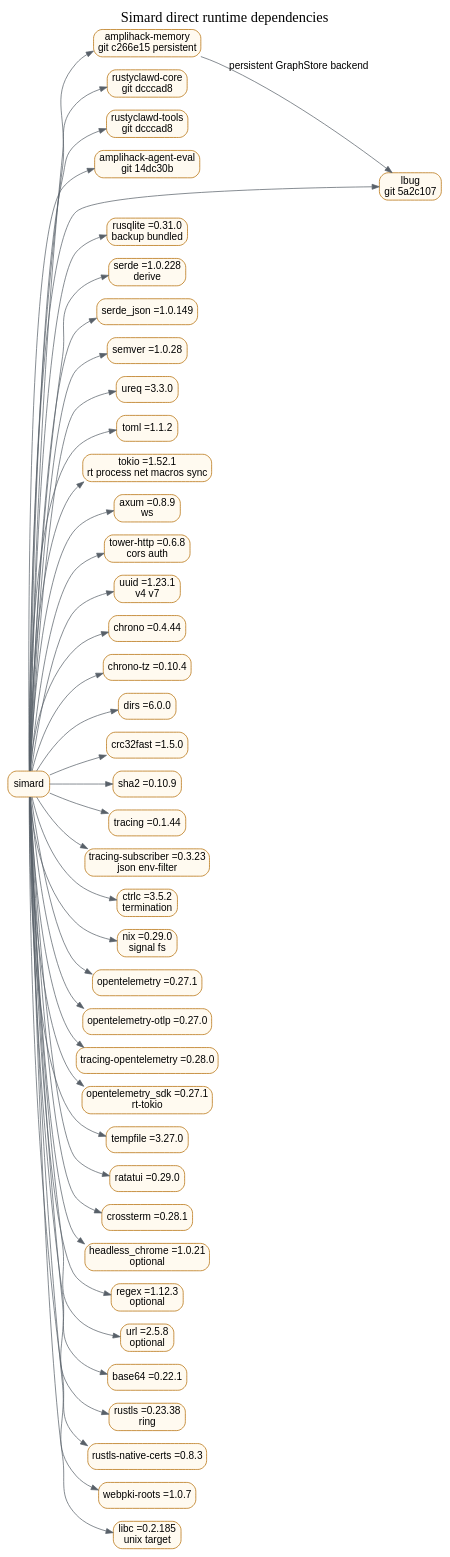
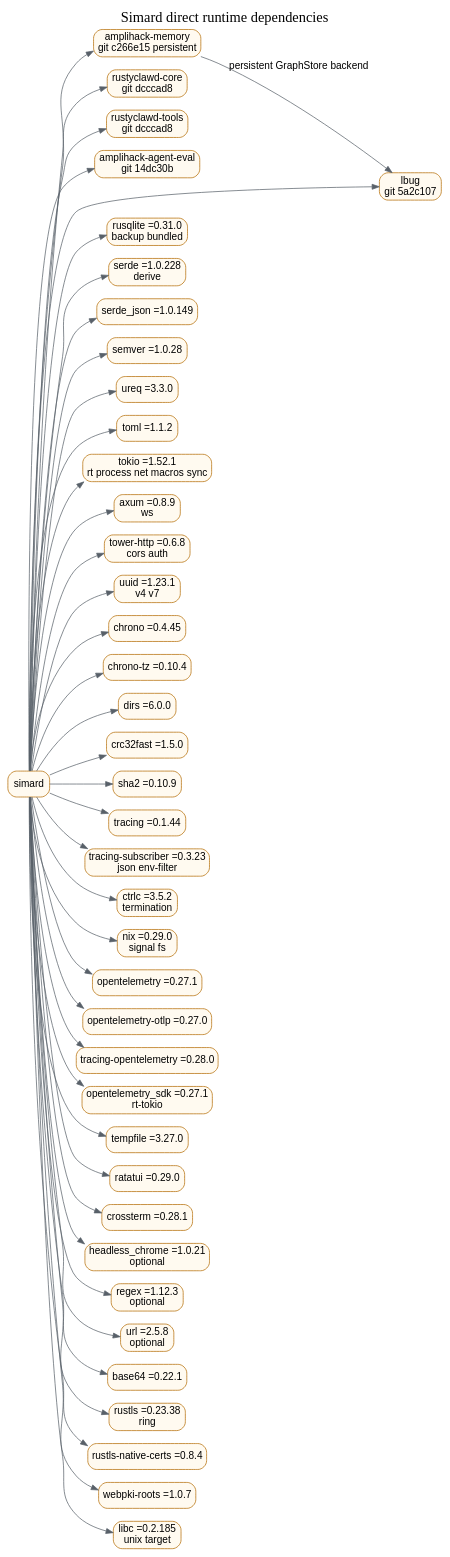
The diagram in docs/atlas/compile-deps/compile-deps-external-runtime.dot (rysweet/Simard), drawn with Graphviz before and after one commit. The commit also changed 8 other files, not shown here.

```diff
--- a/docs/atlas/compile-deps/compile-deps-external-runtime.dot
+++ b/docs/atlas/compile-deps/compile-deps-external-runtime.dot
@@ -1,51 +1,51 @@
 digraph compile_deps_external_runtime {
     graph [rankdir=LR, labelloc="t", label="Simard direct runtime dependencies", fontsize=20];
     node [shape=box, style="rounded,filled", fillcolor="#fffaf0", color="#b36b00", fontname="Arial"];
     edge [color="#586069", fontname="Arial"];
 
     simard [label="simard"];
 
     amplihack_memory [label="amplihack-memory\ngit c266e15 persistent"];
     rustyclawd_core [label="rustyclawd-core\ngit dcccad8"];
     rustyclawd_tools [label="rustyclawd-tools\ngit dcccad8"];
     amplihack_agent_eval [label="amplihack-agent-eval\ngit 14dc30b"];
     lbug [label="lbug\ngit 5a2c107"];
 
     rusqlite [label="rusqlite =0.31.0\nbackup bundled"];
     serde [label="serde =1.0.228\nderive"];
     serde_json [label="serde_json =1.0.149"];
     semver [label="semver =1.0.28"];
     ureq [label="ureq =3.3.0"];
     toml [label="toml =1.1.2"];
     tokio [label="tokio =1.52.1\nrt process net macros sync"];
     axum [label="axum =0.8.9\nws"];
     tower_http [label="tower-http =0.6.8\ncors auth"];
     uuid [label="uuid =1.23.1\nv4 v7"];
-    chrono [label="chrono =0.4.44"];
+    chrono [label="chrono =0.4.45"];
     chrono_tz [label="chrono-tz =0.10.4"];
     dirs [label="dirs =6.0.0"];
     crc32fast [label="crc32fast =1.5.0"];
     sha2 [label="sha2 =0.10.9"];
     tracing [label="tracing =0.1.44"];
     tracing_subscriber [label="tracing-subscriber =0.3.23\njson env-filter"];
     ctrlc [label="ctrlc =3.5.2\ntermination"];
     nix [label="nix =0.29.0\nsignal fs"];
     opentelemetry [label="opentelemetry =0.27.1"];
     opentelemetry_otlp [label="opentelemetry-otlp =0.27.0"];
     tracing_opentelemetry [label="tracing-opentelemetry =0.28.0"];
     opentelemetry_sdk [label="opentelemetry_sdk =0.27.1\nrt-tokio"];
     tempfile [label="tempfile =3.27.0"];
     ratatui [label="ratatui =0.29.0"];
     crossterm [label="crossterm =0.28.1"];
     headless_chrome [label="headless_chrome =1.0.21\noptional"];
     regex [label="regex =1.12.3\noptional"];
     url [label="url =2.5.8\noptional"];
     base64 [label="base64 =0.22.1"];
     rustls [label="rustls =0.23.38\nring"];
-    rustls_native_certs [label="rustls-native-certs =0.8.3"];
+    rustls_native_certs [label="rustls-native-certs =0.8.4"];
     webpki_roots [label="webpki-roots =1.0.7"];
     libc [label="libc =0.2.185\nunix target"];
 
     simard -> {amplihack_memory rustyclawd_core rustyclawd_tools amplihack_agent_eval lbug rusqlite serde serde_json semver ureq toml tokio axum tower_http uuid chrono chrono_tz dirs crc32fast sha2 tracing tracing_subscriber ctrlc nix opentelemetry opentelemetry_otlp tracing_opentelemetry opentelemetry_sdk tempfile ratatui crossterm headless_chrome regex url base64 rustls rustls_native_certs webpki_roots libc};
     amplihack_memory -> lbug [label="persistent GraphStore backend"];
 }
```
